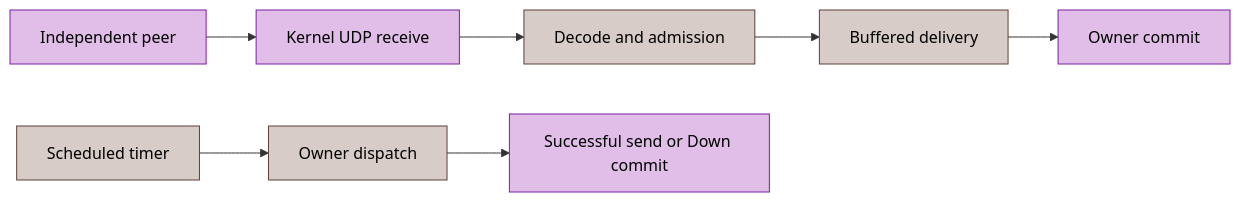
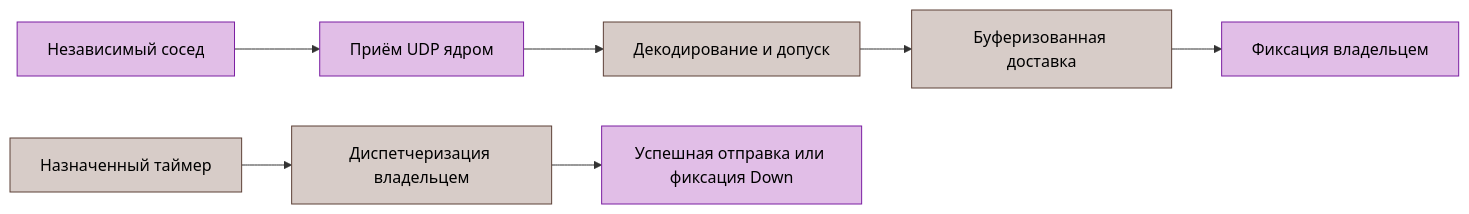
The diagram in docs/ru/14-performance-analysis.md (dantte-lp/gobfd), drawn with Mermaid before and after one commit. The commit also changed other lines of this file and 95 other files, not shown here.

````diff
--- a/docs/ru/14-performance-analysis.md
+++ b/docs/ru/14-performance-analysis.md
@@ -7,11 +9,13 @@
 ```mermaid
 flowchart LR
-    peer["Independent peer"]:::srv --> socket["Kernel UDP receive"]:::srv
-    socket --> decode["Decode and admission"]:::mgt
-    decode --> queue["Buffered delivery"]:::mgt
-    queue --> commit["Owner commit"]:::srv
-    timer["Scheduled timer"]:::mgt --> dispatch["Owner dispatch"]:::mgt
-    dispatch --> effect["Successful send or Down commit"]:::srv
+  accTitle: Границы измерений runtime
+  accDescr: Доставка пакета заканчивается фиксацией владельцем; обработка таймера — успешной отправкой или фиксацией Down.
+    peer["Независимый сосед"]:::srv --> socket["Приём UDP ядром"]:::srv
+    socket --> decode["Декодирование и допуск"]:::mgt
+    decode --> queue["Буферизованная доставка"]:::mgt
+    queue --> commit["Фиксация владельцем"]:::srv
+    timer["Назначенный таймер"]:::mgt --> dispatch["Диспетчеризация владельцем"]:::mgt
+    dispatch --> effect["Успешная отправка или фиксация Down"]:::srv
     classDef srv fill:#e1bee7,stroke:#7b1fa2,color:#000
     classDef mgt fill:#d7ccc8,stroke:#5d4037,color:#000
 ```
````
